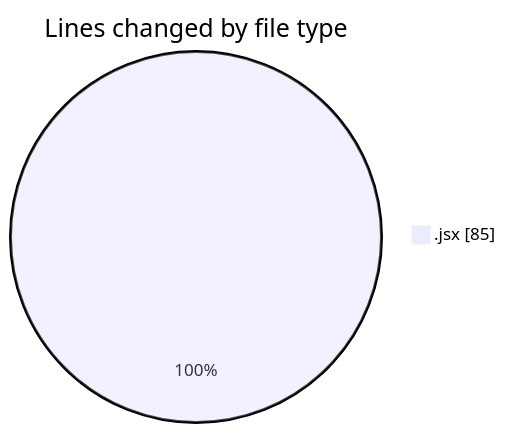
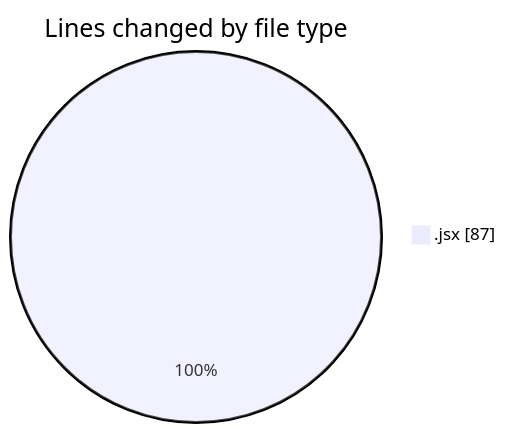
The first of 2 diagrams in 2025-01-29/react/README.md (Elitesun/code-tracking), drawn with Mermaid before and after one commit. The commit also changed other lines of this file and 1 other file, not shown here.

````diff
--- a/2025-01-29/react/README.md
+++ b/2025-01-29/react/README.md
@@ -24,5 +24,5 @@
 ```mermaid
 pie showData
 title Lines changed by file type
-".jsx" : 85
+".jsx" : 87
 ```
````
